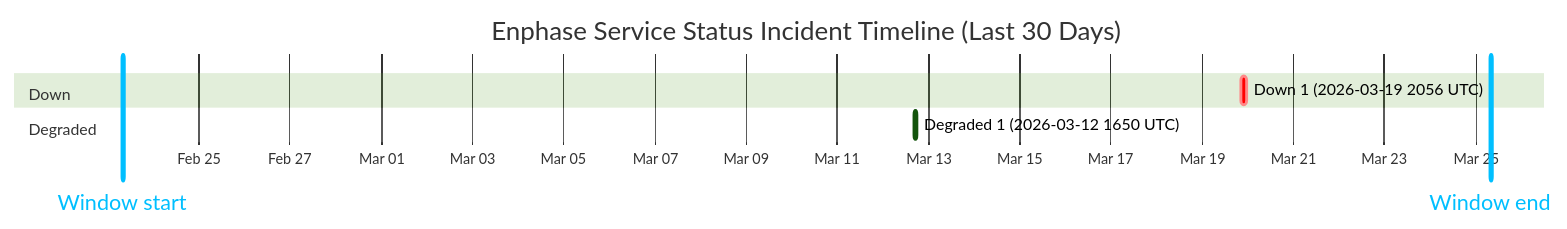
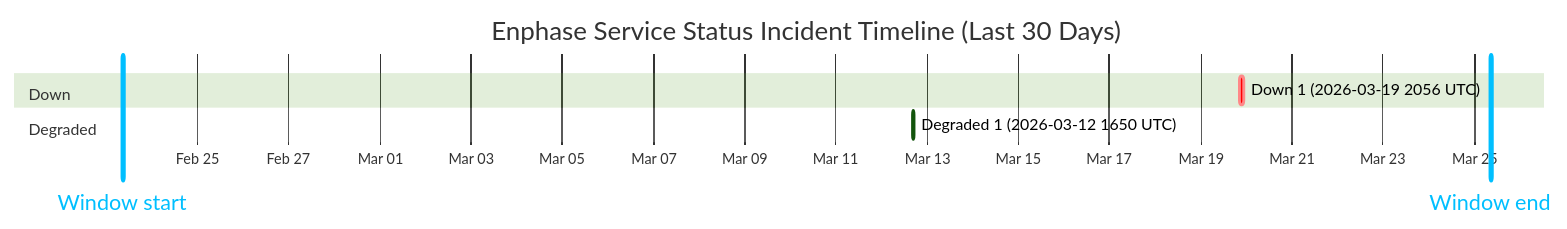
The diagram in wiki/Service-Status-History.md (barneyonline/ha-enphase-ev-charger), drawn with Mermaid (forest theme) before and after one commit. The commit also changed other lines of this file and 3 other files, not shown here.

````diff
--- a/wiki/Service-Status-History.md
+++ b/wiki/Service-Status-History.md
@@ -14,12 +14,12 @@
 ```mermaid
 gantt
     title Enphase Service Status Incident Timeline (Last 30 Days)
     dateFormat  YYYY-MM-DDTHH:mm:ss
     axisFormat  %b %d
-    Window start :vert, window-start, 2026-02-23T07:46:57, 0ms
-    Window end :vert, window-end, 2026-03-25T07:46:57, 0ms
+    Window start :vert, window-start, 2026-02-23T08:38:45, 0ms
+    Window end :vert, window-end, 2026-03-25T08:38:45, 0ms
     section Down
     Down 1 (2026-03-19 2056 UTC) :crit, down-1, 2026-03-19T20:56:20, 145m
     section Degraded
     Degraded 1 (2026-03-12 1650 UTC) :active, degraded-1, 2026-03-12T16:50:43, 60m
 ```
````
